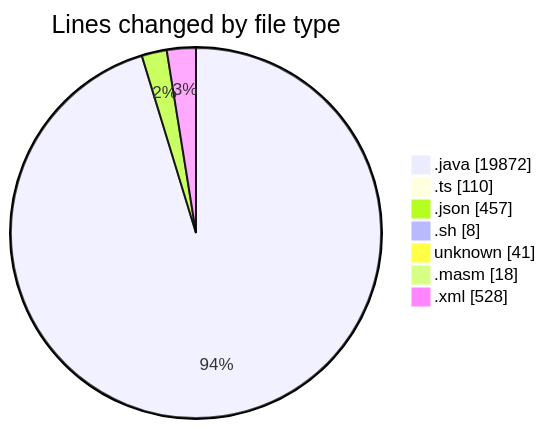
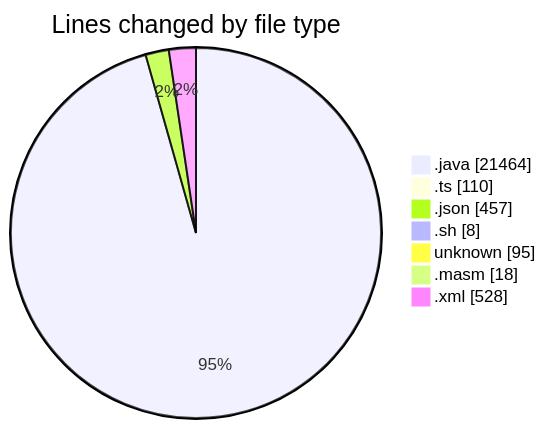
One commit to charlie-sans/code-tracking changed the first of 2 diagrams in 2025-02-20/micros/README.md. Above: the diagram before and after it, drawn with Mermaid. The commit also changed other lines of this file and 1 other file, not shown here.

````diff
--- a/2025-02-20/micros/README.md
+++ b/2025-02-20/micros/README.md
@@ -75,11 +79,11 @@
 ```mermaid
 pie showData
 title Lines changed by file type
-".java" : 19872
+".java" : 21464
 ".ts" : 110
 ".json" : 457
 ".sh" : 8
-"unknown" : 41
+"unknown" : 95
 ".masm" : 18
 ".xml" : 528
 ```
````
